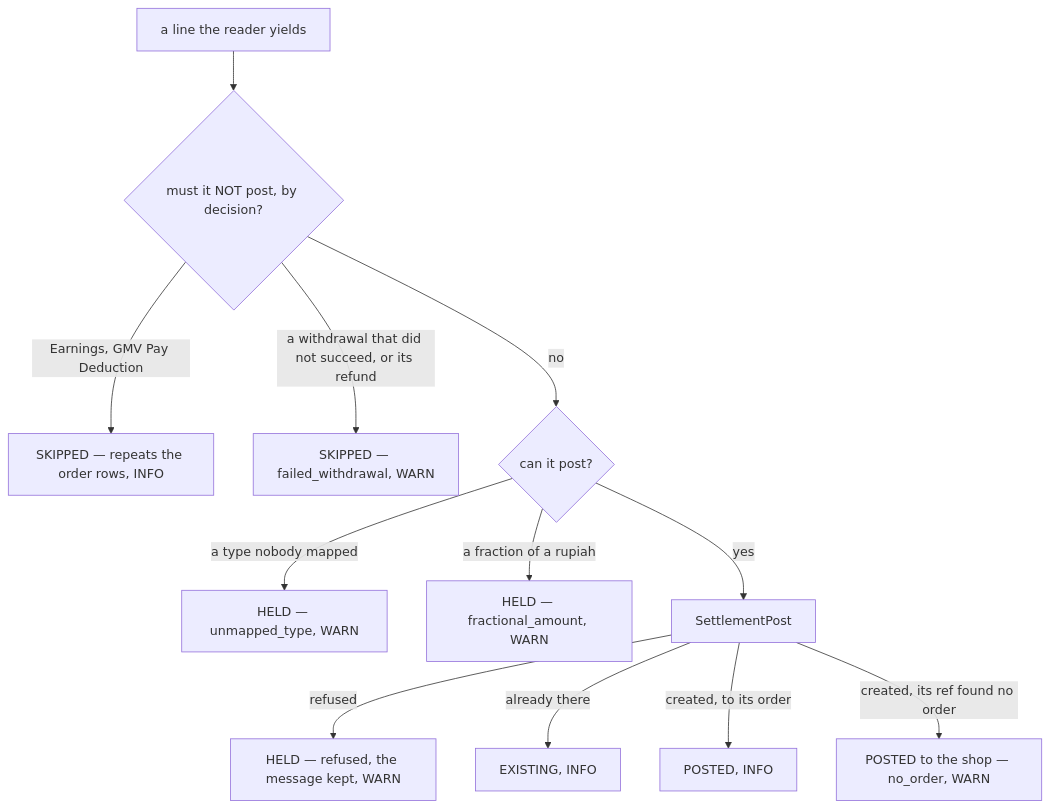
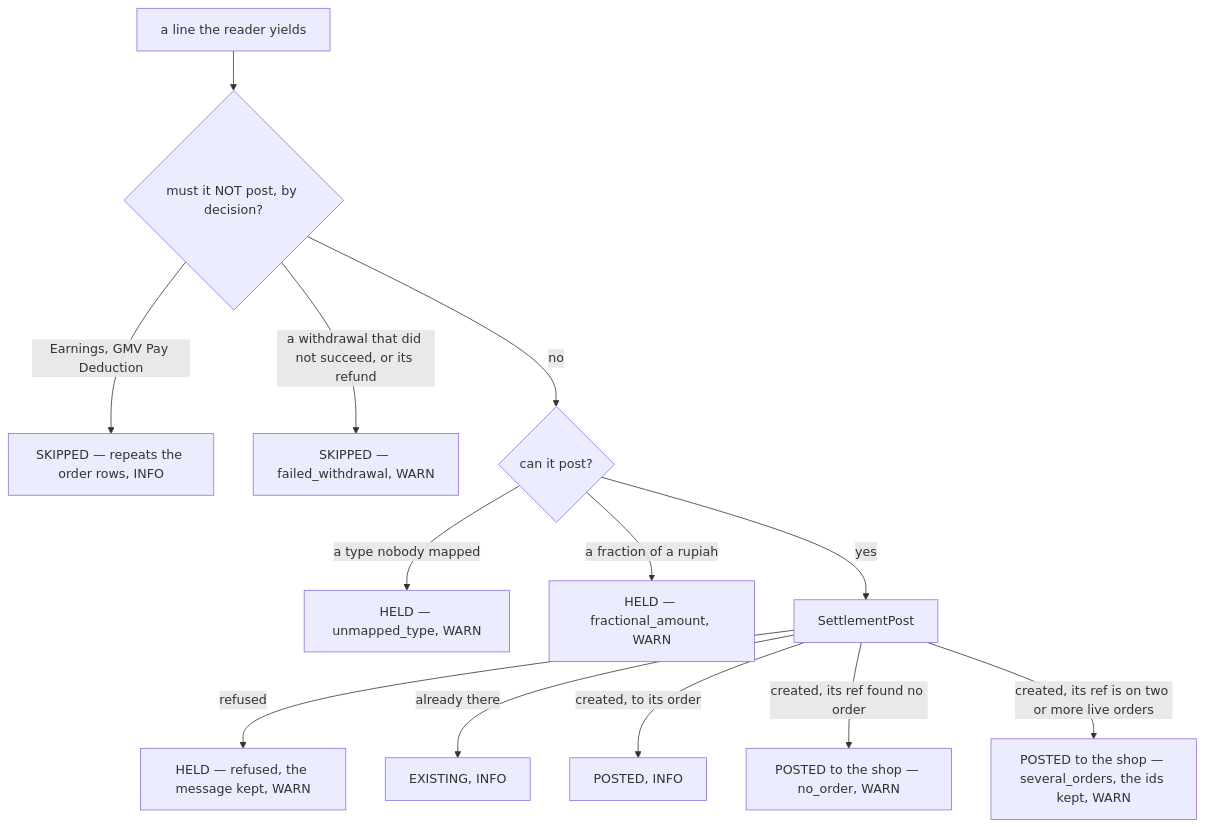
The third of 3 diagrams in docs/services/settlement_importer_service/rpc.md (pdcgo/warehouse_revamp), drawn with Mermaid before and after one commit. The commit also changed other lines of this file and 348 other files, not shown here.

````diff
--- a/docs/services/settlement_importer_service/rpc.md
+++ b/docs/services/settlement_importer_service/rpc.md
@@ -89,14 +89,15 @@
 ```mermaid
 flowchart TD
   R["a line the reader yields"] --> SK{"must it NOT post, by decision?"}
   SK -->|"Earnings, GMV Pay Deduction"| S1["SKIPPED — repeats the order rows, INFO"]
   SK -->|"a withdrawal that did not succeed, or its refund"| S2["SKIPPED — failed_withdrawal, WARN"]
   SK -->|"no"| H{"can it post?"}
   H -->|"a type nobody mapped"| H1["HELD — unmapped_type, WARN"]
   H -->|"a fraction of a rupiah"| H2["HELD — fractional_amount, WARN"]
   H -->|"yes"| P["SettlementPost"]
   P -->|"refused"| H3["HELD — refused, the message kept, WARN"]
   P -->|"already there"| E["EXISTING, INFO"]
   P -->|"created, to its order"| P1["POSTED, INFO"]
   P -->|"created, its ref found no order"| P2["POSTED to the shop — no_order, WARN"]
+  P -->|"created, its ref is on two or more live orders"| P3["POSTED to the shop — several_orders, the ids kept, WARN"]
 ```
````
